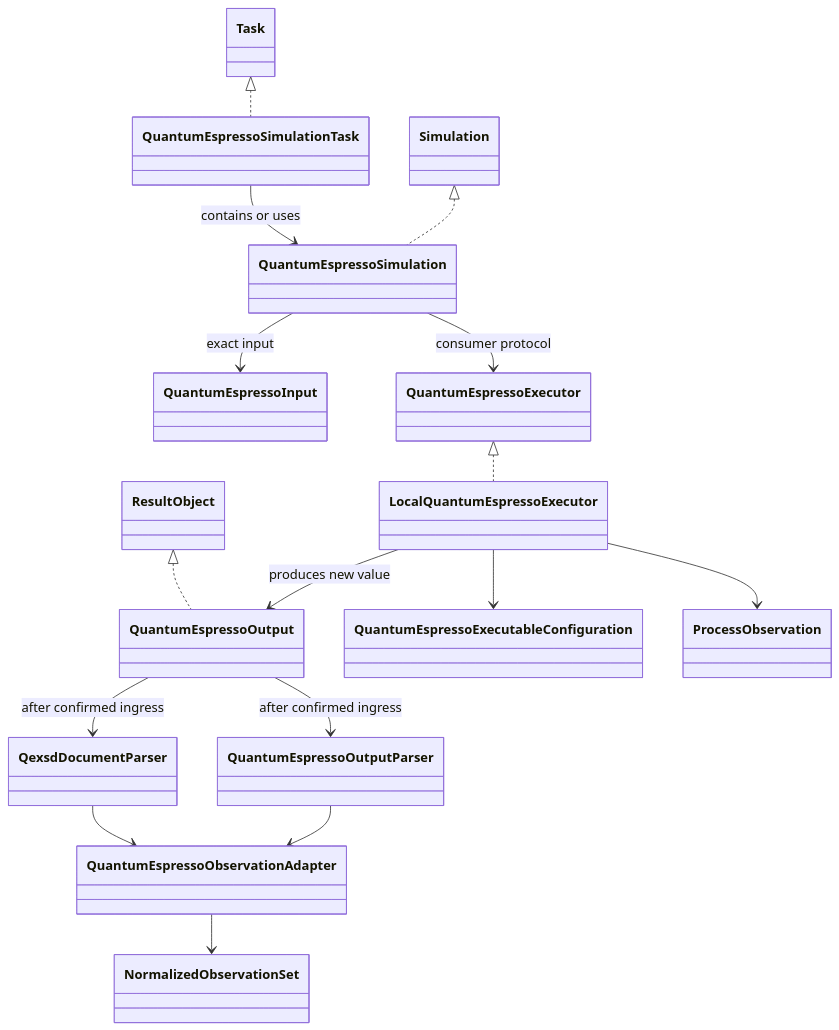
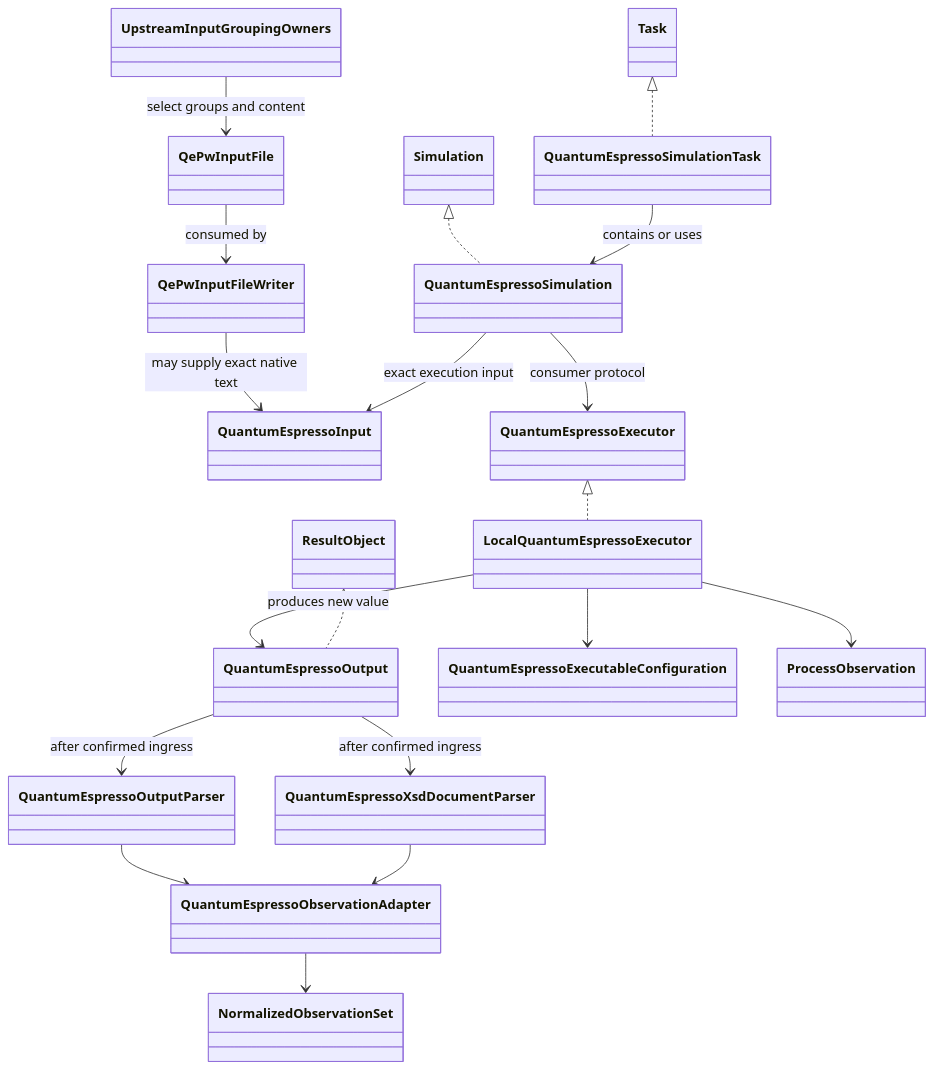
One commit to eragasa/ksdft2effmass changed the first of 2 diagrams in docs/architecture/v2/ksdft2effmass/calculators/quantum-espresso.md. Above: the diagram before and after it, drawn with Mermaid. The commit also changed other lines of this file and 38 other files, not shown here.

Commit message:
Add loose Quantum ESPRESSO pw.x input boundary

````diff
--- a/docs/architecture/v2/ksdft2effmass/calculators/quantum-espresso.md
+++ b/docs/architecture/v2/ksdft2effmass/calculators/quantum-espresso.md
@@ -5,34 +5,40 @@
 ```mermaid
 classDiagram
     class Task
     class Simulation
     class ResultObject
     class QuantumEspressoSimulationTask
     class QuantumEspressoSimulation
+    class UpstreamInputGroupingOwners
+    class QePwInputFile
+    class QePwInputFileWriter
     class QuantumEspressoInput
     class QuantumEspressoExecutor
     class LocalQuantumEspressoExecutor
     class QuantumEspressoOutput
     class QuantumEspressoExecutableConfiguration
     class ProcessObservation
     class QuantumEspressoOutputParser
-    class QexsdDocumentParser
+    class QuantumEspressoXsdDocumentParser
     class QuantumEspressoObservationAdapter
     class NormalizedObservationSet
 
     Task <|.. QuantumEspressoSimulationTask
     Simulation <|.. QuantumEspressoSimulation
     QuantumEspressoSimulationTask --> QuantumEspressoSimulation : contains or uses
-    QuantumEspressoSimulation --> QuantumEspressoInput : exact input
+    UpstreamInputGroupingOwners --> QePwInputFile : select groups and content
+    QePwInputFile --> QePwInputFileWriter : consumed by
+    QePwInputFileWriter --> QuantumEspressoInput : may supply exact native text
+    QuantumEspressoSimulation --> QuantumEspressoInput : exact execution input
     QuantumEspressoSimulation --> QuantumEspressoExecutor : consumer protocol
     QuantumEspressoExecutor <|.. LocalQuantumEspressoExecutor
     LocalQuantumEspressoExecutor --> QuantumEspressoExecutableConfiguration
     LocalQuantumEspressoExecutor --> ProcessObservation
     LocalQuantumEspressoExecutor --> QuantumEspressoOutput : produces new value
     ResultObject <|.. QuantumEspressoOutput
     QuantumEspressoOutput --> QuantumEspressoOutputParser : after confirmed ingress
-    QuantumEspressoOutput --> QexsdDocumentParser : after confirmed ingress
+    QuantumEspressoOutput --> QuantumEspressoXsdDocumentParser : after confirmed ingress
     QuantumEspressoOutputParser --> QuantumEspressoObservationAdapter
-    QexsdDocumentParser --> QuantumEspressoObservationAdapter
+    QuantumEspressoXsdDocumentParser --> QuantumEspressoObservationAdapter
     QuantumEspressoObservationAdapter --> NormalizedObservationSet
 ```
````
